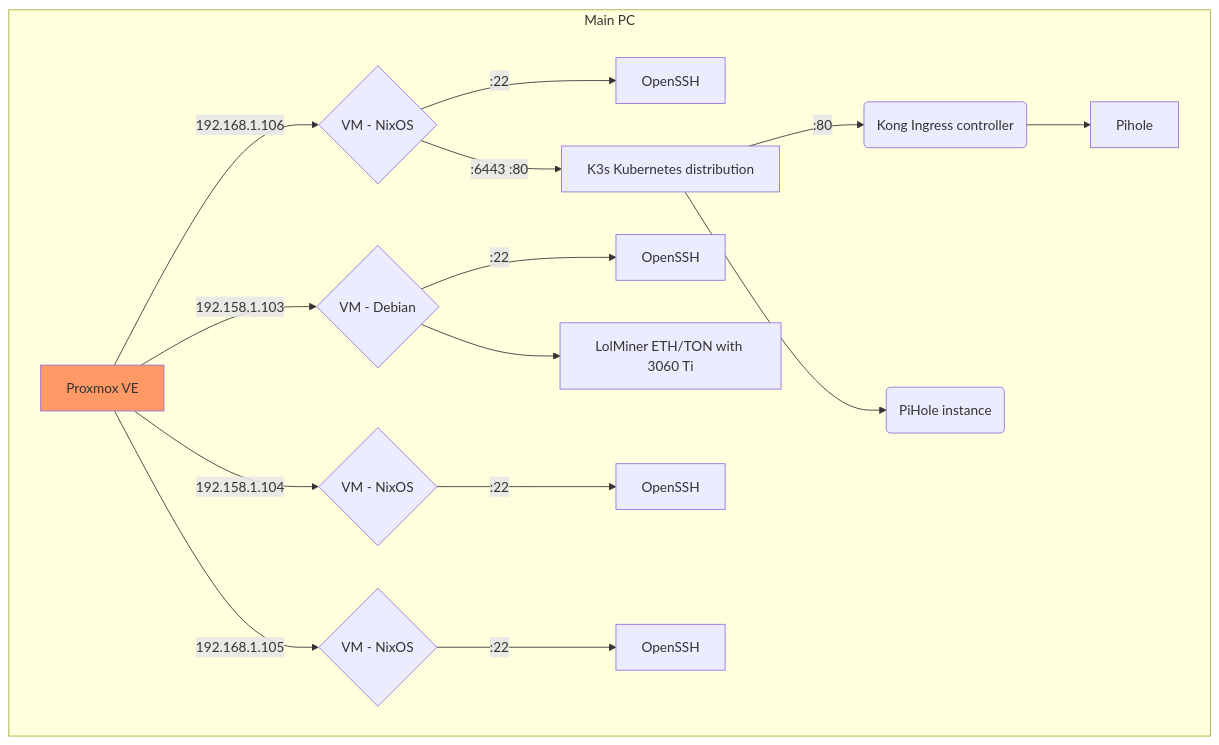
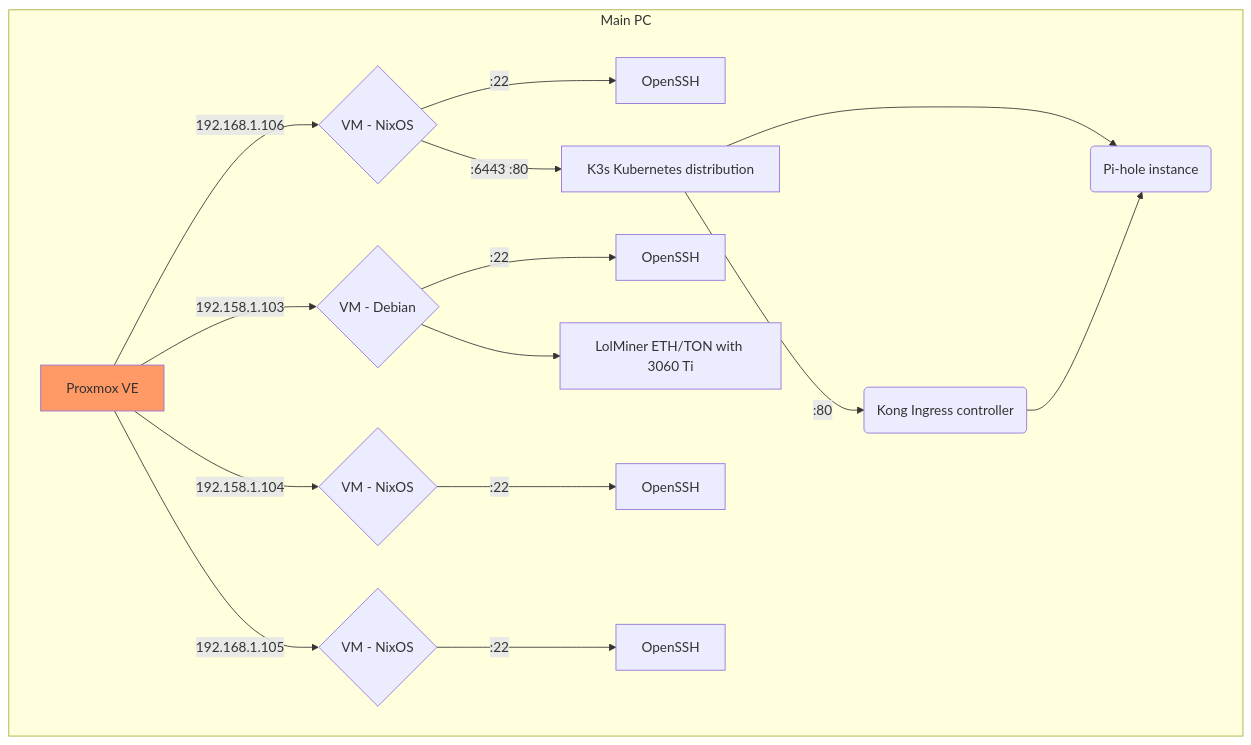
Before and after one commit to portothree/dotfiles: the diagram in homelab/README.md, drawn with Mermaid.

Commit message:
docs: update diagram

````diff
--- a/homelab/README.md
+++ b/homelab/README.md
@@ -3,21 +3,21 @@
 ```mermaid
 graph TD
 	subgraph Main PC
 		A[Proxmox VE] -->|192.168.1.106| 100{VM - NixOS};
 		100 -->|:22| 100_ssh[OpenSSH];
 		100 -->|:6443 :80| K3s[K3s Kubernetes distribution];
 		K3s -->|:80| Kong(Kong Ingress controller);
-		K3s --> PiHole(PiHole instance);
-		Kong --> Pihole;
+		K3s --> Pi-hole(Pi-hole instance);
+		Kong --> Pi-hole;
 		A -->|192.158.1.103| 102{VM - Debian};
 		102 -->|:22| 102_ssh[OpenSSH];
 		102 --> lolminer[LolMiner ETH/TON with 3060 Ti];
 		A -->|192.158.1.104| 103{VM - NixOS};
 		103 -->|:22| 103_ssh[OpenSSH];
 		A -->|192.168.1.105| 104{VM - NixOS};
 		104 -->|:22| 104_ssh[OpenSSH];
 	end
 	
 	classDef orange fill:#f96;
 	class A orange
 ```
````
